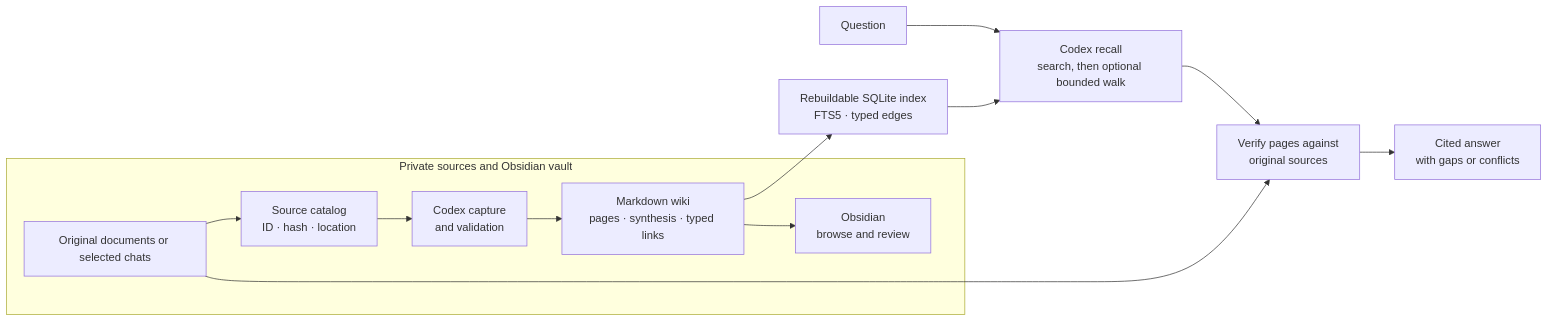
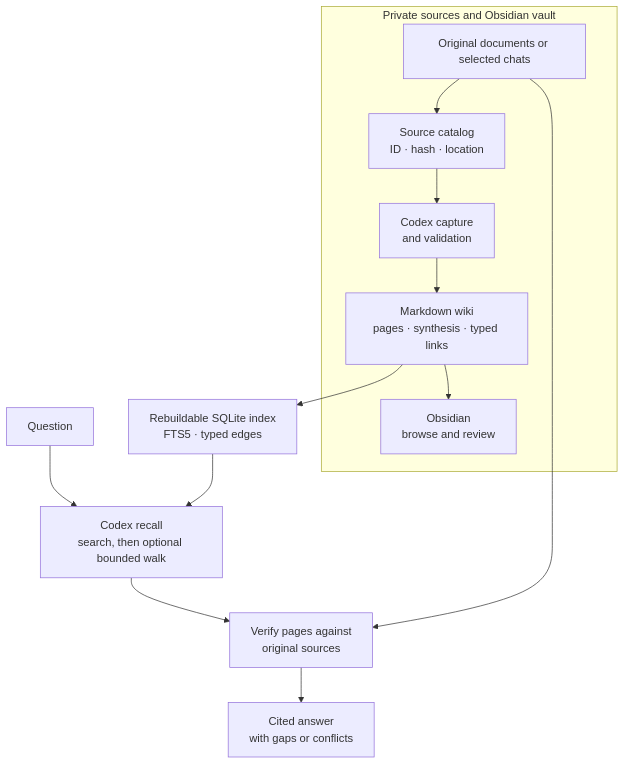
The diagram in README.md (hibaa8/ai-second-brain), drawn with Mermaid before and after one commit.

Commit message:
Clarify the README architecture diagram

````diff
--- a/README.md
+++ b/README.md
@@ -9,16 +9,16 @@
 ```mermaid
-flowchart LR
+flowchart TB
     subgraph private["Private sources and Obsidian vault"]
         S["Original documents or selected chats"] --> C["Source catalog<br/>ID · hash · location"]
         C --> W["Codex capture<br/>and validation"]
         W --> M["Markdown wiki<br/>pages · synthesis · typed links"]
         M --> O["Obsidian<br/>browse and review"]
     end
 
     M --> I["Rebuildable SQLite index<br/>FTS5 · typed edges"]
     Q["Question"] --> R["Codex recall<br/>search, then optional bounded walk"]
     I --> R
     R --> V["Verify pages against<br/>original sources"]
     S --> V
     V --> A["Cited answer<br/>with gaps or conflicts"]
 ```
````
